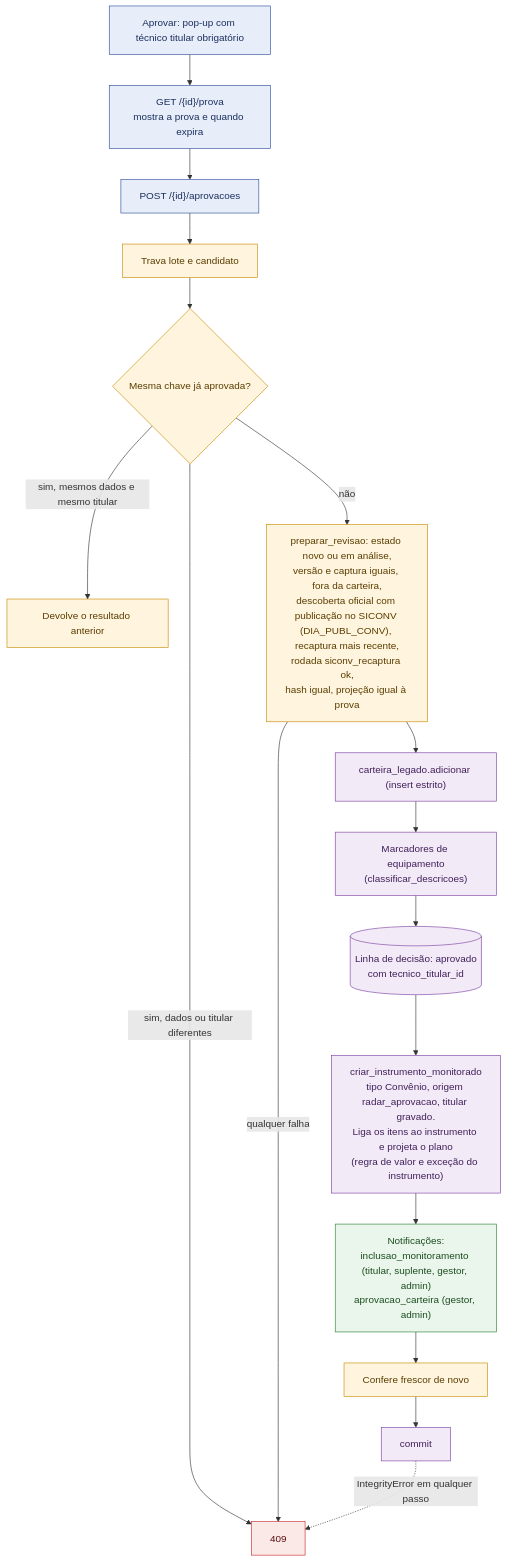
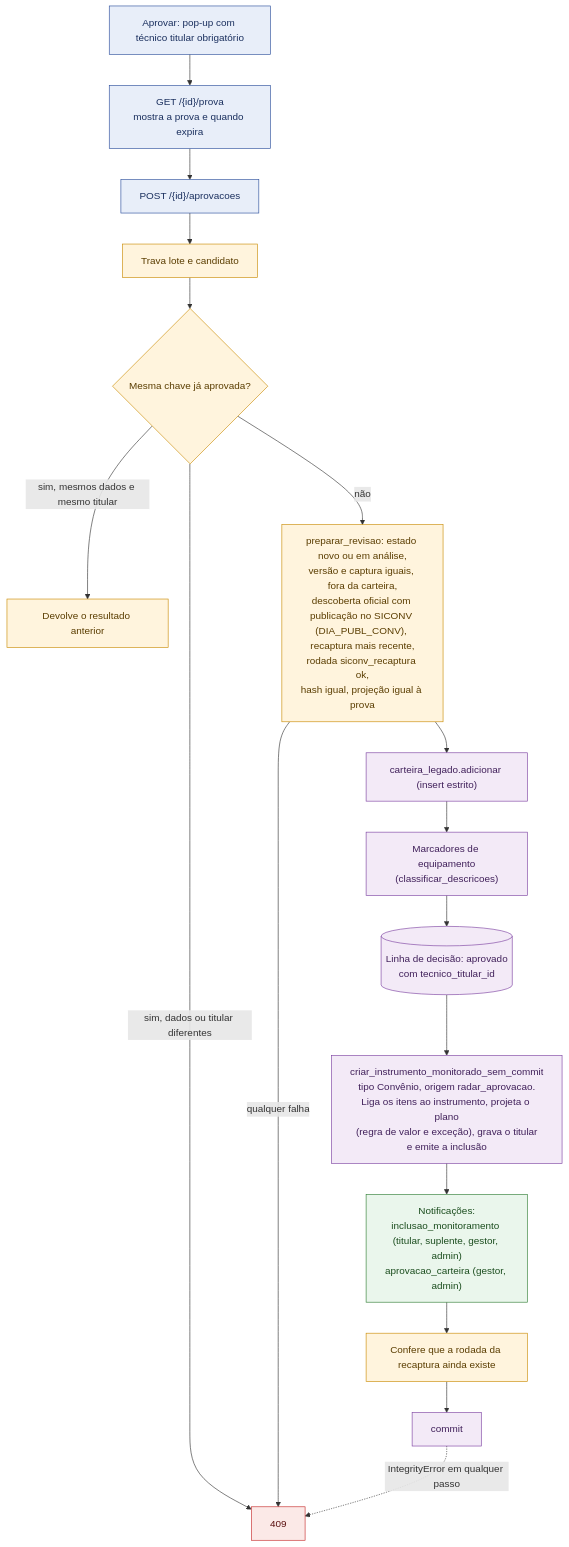
Before and after one commit to devs-ministerio/par_equipamentos: the ninth of 21 diagrams in docs/mermaid/radar-instrumentos.md, drawn with Mermaid. The commit also changed other lines of this file and 6 other files, not shown here.

Commit message:
docs: corrige mapas Mermaid segundo a auditoria (Portal opcional, prova gravada, cardinalidades, rotas, jobs)

````diff
--- a/docs/mermaid/radar-instrumentos.md
+++ b/docs/mermaid/radar-instrumentos.md
@@ -223,25 +225,25 @@
 ```mermaid
 flowchart TB
     classDef tela fill:#E8EEF9,stroke:#2A4D9B,color:#1a2f5e
     classDef regra fill:#FFF4DD,stroke:#C98A00,color:#5a3d00
     classDef dado fill:#F3EAF7,stroke:#7B3FA0,color:#40205a
     classDef erro fill:#FBE9E7,stroke:#C62828,color:#5a1010
     classDef aviso fill:#EAF6EC,stroke:#2E7D32,color:#1b4d1e
 
     UI["Aprovar: pop-up com técnico titular obrigatório"]:::tela --> PROVA["GET /{id}/prova<br/>mostra a prova e quando expira"]:::tela
     PROVA --> POST["POST /{id}/aprovacoes"]:::tela
     POST --> T1["Trava lote e candidato"]:::regra
     T1 --> RP{"Mesma chave já aprovada?"}:::regra
     RP -->|"sim, mesmos dados e mesmo titular"| IDEM["Devolve o resultado anterior"]:::regra
     RP -->|"sim, dados ou titular diferentes"| E1["409"]:::erro
     RP -->|"não"| REV["preparar_revisao: estado novo ou em análise,<br/>versão e captura iguais, fora da carteira,<br/>descoberta oficial com publicação no SICONV (DIA_PUBL_CONV), recaptura mais recente,<br/>rodada siconv_recaptura ok,<br/>hash igual, projeção igual à prova"]:::regra
     REV -->|"qualquer falha"| E1
     REV --> CART["carteira_legado.adicionar (insert estrito)"]:::dado
     CART --> MARC["Marcadores de equipamento<br/>(classificar_descricoes)"]:::dado
     MARC --> DECR[("Linha de decisão: aprovado<br/>com tecnico_titular_id")]:::dado
-    DECR --> INST["criar_instrumento_monitorado<br/>tipo Convênio, origem radar_aprovacao, titular gravado.<br/>Liga os itens ao instrumento e projeta o plano<br/>(regra de valor e exceção do instrumento)"]:::dado
+    DECR --> INST["criar_instrumento_monitorado_sem_commit<br/>tipo Convênio, origem radar_aprovacao.<br/>Liga os itens ao instrumento, projeta o plano<br/>(regra de valor e exceção), grava o titular<br/>e emite a inclusão"]:::dado
     INST --> NOT["Notificações:<br/>inclusao_monitoramento (titular, suplente, gestor, admin)<br/>aprovacao_carteira (gestor, admin)"]:::aviso
-    NOT --> FRESC["Confere frescor de novo"]:::regra
+    NOT --> FRESC["Confere que a rodada da recaptura ainda existe"]:::regra
     FRESC --> COM["commit"]:::dado
     COM -. "IntegrityError em qualquer passo" .-> E1
 ```
````
